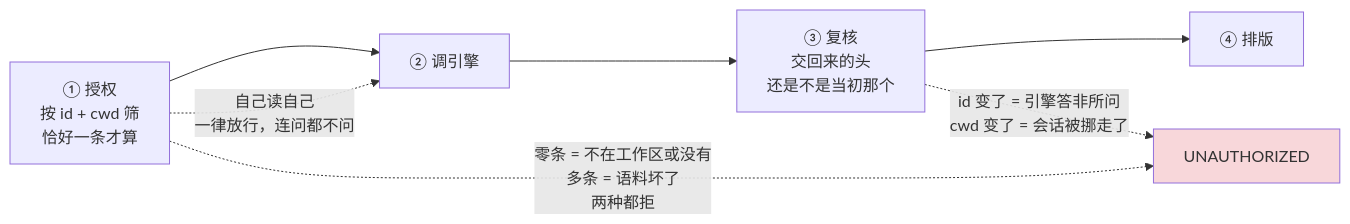
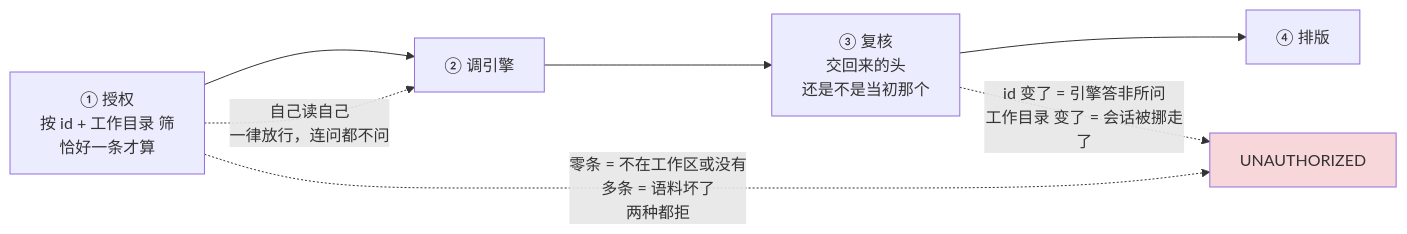
Before and after one commit to snight1983/ds-harness-go: the tenth of 16 diagrams in docs/modules/sessionquery.md, drawn with Mermaid. The commit also changed other lines of this file and 195 other files, not shown here.

````diff
--- a/docs/modules/sessionquery.md
+++ b/docs/modules/sessionquery.md
@@ -505,12 +505,12 @@
 ```mermaid
 flowchart LR
-    A["① 授权<br/>按 id + cwd 筛<br/>恰好一条才算"] --> B["② 调引擎"]
+    A["① 授权<br/>按 id + 工作目录 筛<br/>恰好一条才算"] --> B["② 调引擎"]
     B --> C["③ 复核<br/>交回来的头<br/>还是不是当初那个"]
     C --> D["④ 排版"]
 
     A -.->|"自己读自己<br/>一律放行，连问都不问"| B
     A -.->|"零条 = 不在工作区或没有<br/>多条 = 语料坏了<br/>两种都拒"| X["UNAUTHORIZED"]
-    C -.->|"id 变了 = 引擎答非所问<br/>cwd 变了 = 会话被挪走了"| X
+    C -.->|"id 变了 = 引擎答非所问<br/>工作目录 变了 = 会话被挪走了"| X
 
     style X fill:#f8d7da
 ```
````
